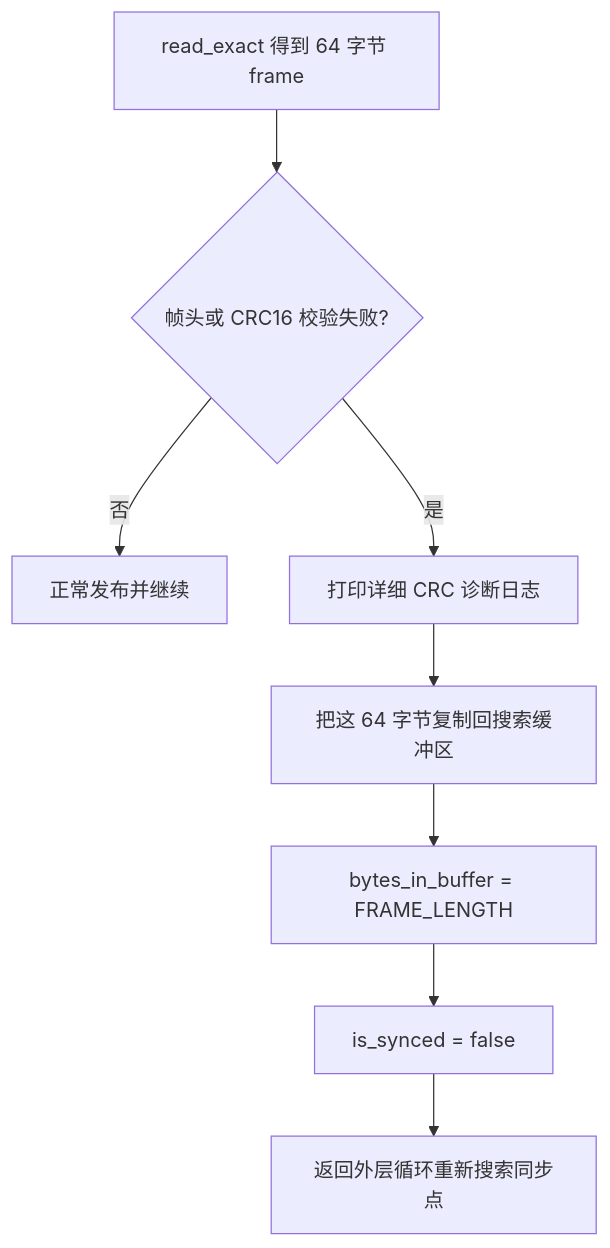
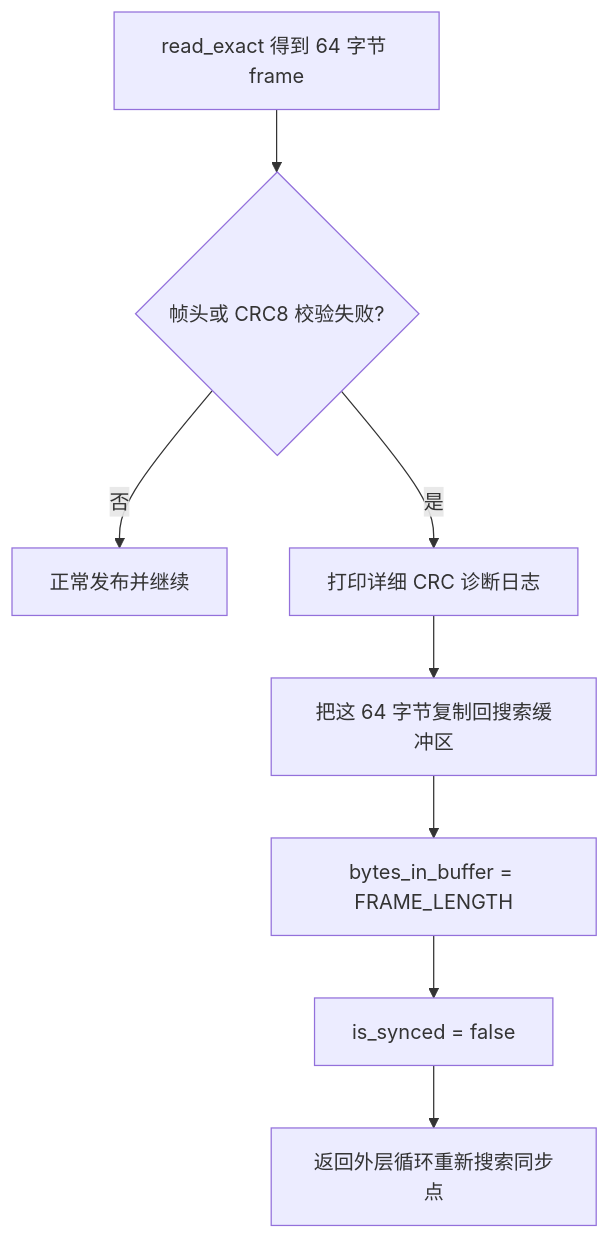
The first of 2 diagrams in docs/frame_sync/04_校验失败重同步.md (ecuster21/MissionComputerTeach), drawn with Mermaid before and after one commit. The commit also changed other lines of this file and 16 other files, not shown here.

````diff
--- a/docs/frame_sync/04_校验失败重同步.md
+++ b/docs/frame_sync/04_校验失败重同步.md
@@ -9,10 +9,10 @@
 ```mermaid
 flowchart TB
-    A[read_exact 得到 64 字节 frame] --> B{帧头或 CRC16 校验失败?}
+    A[read_exact 得到 64 字节 frame] --> B{帧头或 CRC8 校验失败?}
     B -- 否 --> C[正常发布并继续]
     B -- 是 --> D[打印详细 CRC 诊断日志]
     D --> E[把这 64 字节复制回搜索缓冲区]
     E --> F[bytes_in_buffer = FRAME_LENGTH]
     F --> G[is_synced = false]
     G --> H[返回外层循环重新搜索同步点]
 ```
````
